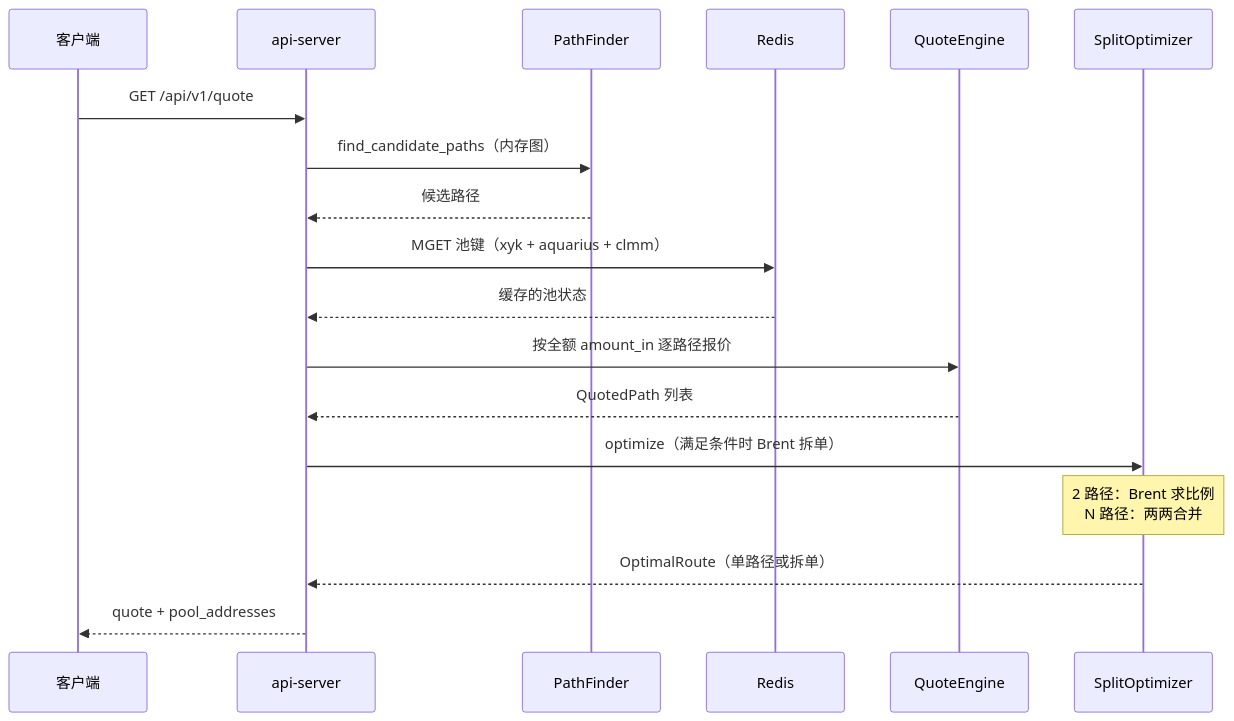
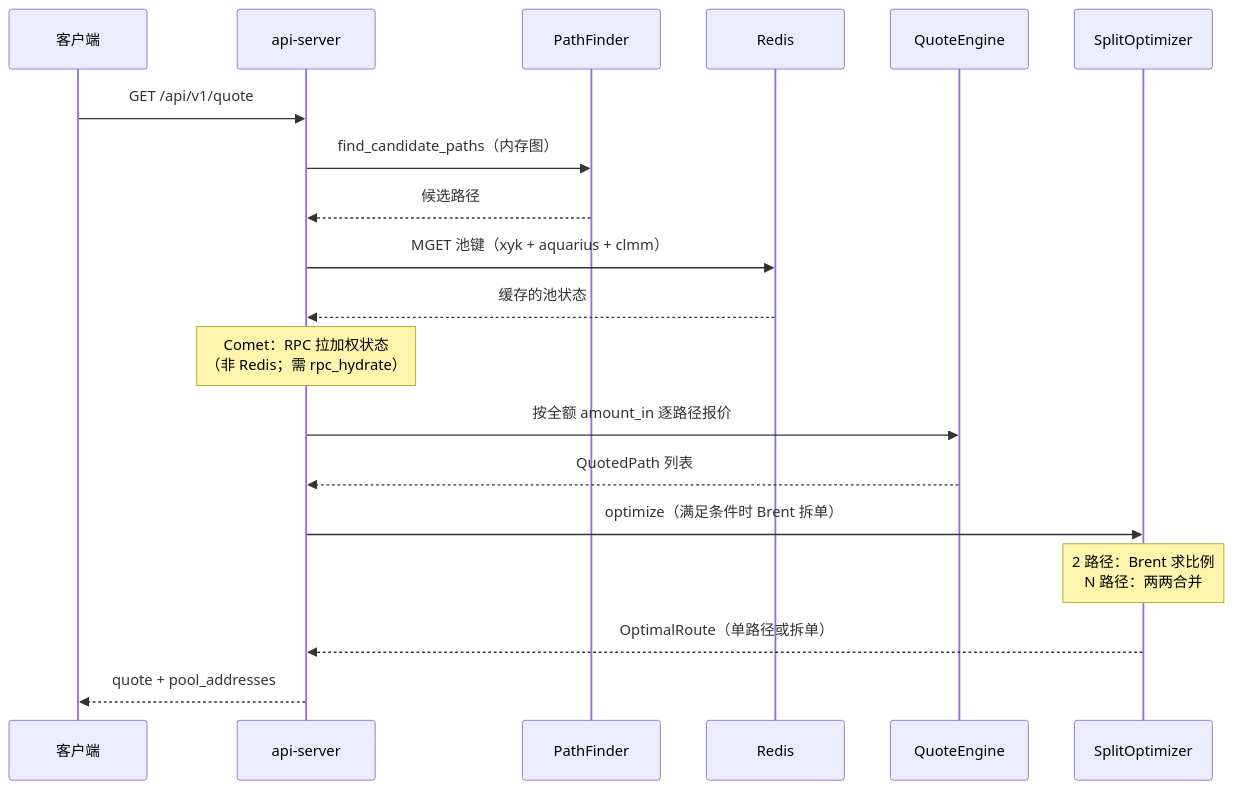
One commit to Lum-Agg/stellar-dex-agg changed the third of 3 diagrams in README.zh-CN.md. Above: the diagram before and after it, drawn with Mermaid. The commit also changed other lines of this file and 1 other file, not shown here.

````diff
--- a/README.zh-CN.md
+++ b/README.zh-CN.md
@@ -124,21 +124,22 @@
 ```mermaid
 sequenceDiagram
   participant C as 客户端
   participant API as api-server
   participant PF as PathFinder
   participant R as Redis
   participant QE as QuoteEngine
   participant SO as SplitOptimizer
 
   C->>API: GET /api/v1/quote
   API->>PF: find_candidate_paths（内存图）
   PF-->>API: 候选路径
   API->>R: MGET 池键（xyk + aquarius + clmm）
   R-->>API: 缓存的池状态
+  Note over API: Comet：RPC 拉加权状态<br/>（非 Redis；需 rpc_hydrate）
   API->>QE: 按全额 amount_in 逐路径报价
   QE-->>API: QuotedPath 列表
   API->>SO: optimize（满足条件时 Brent 拆单）
   Note over SO: 2 路径：Brent 求比例<br/>N 路径：两两合并
   SO-->>API: OptimalRoute（单路径或拆单）
   API-->>C: quote + pool_addresses
 ```
````
